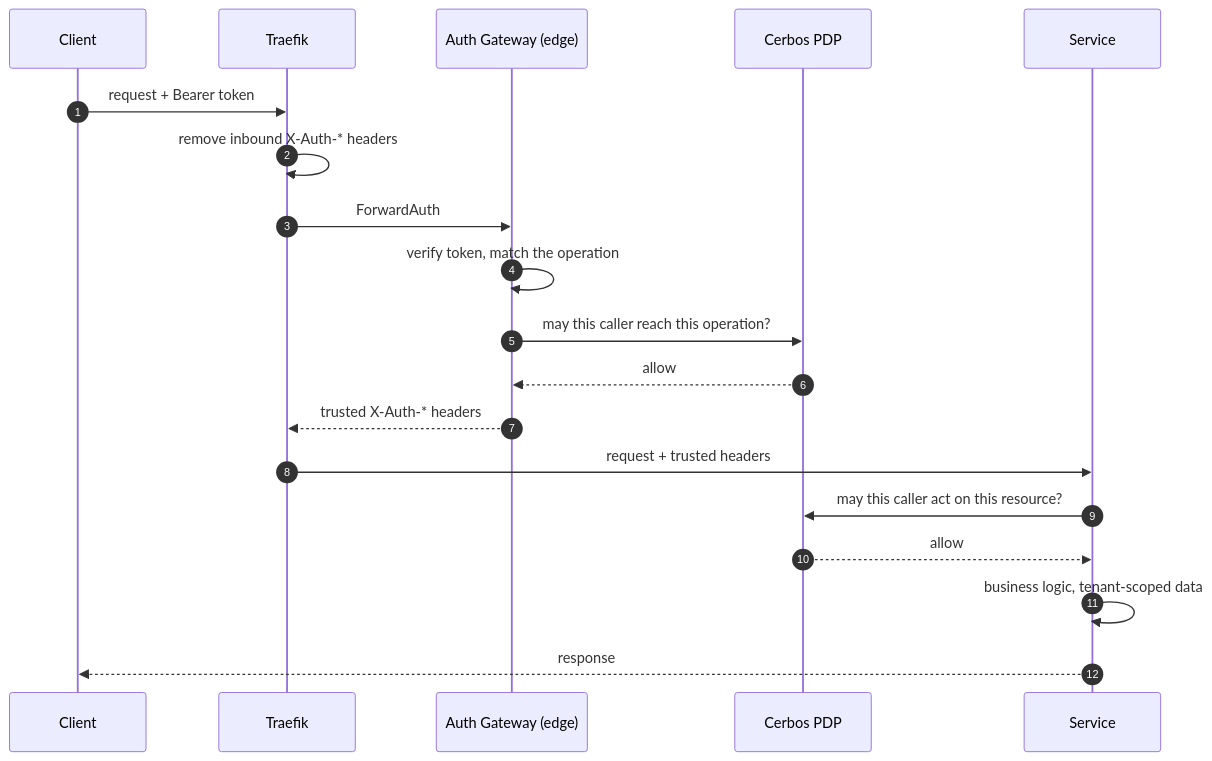
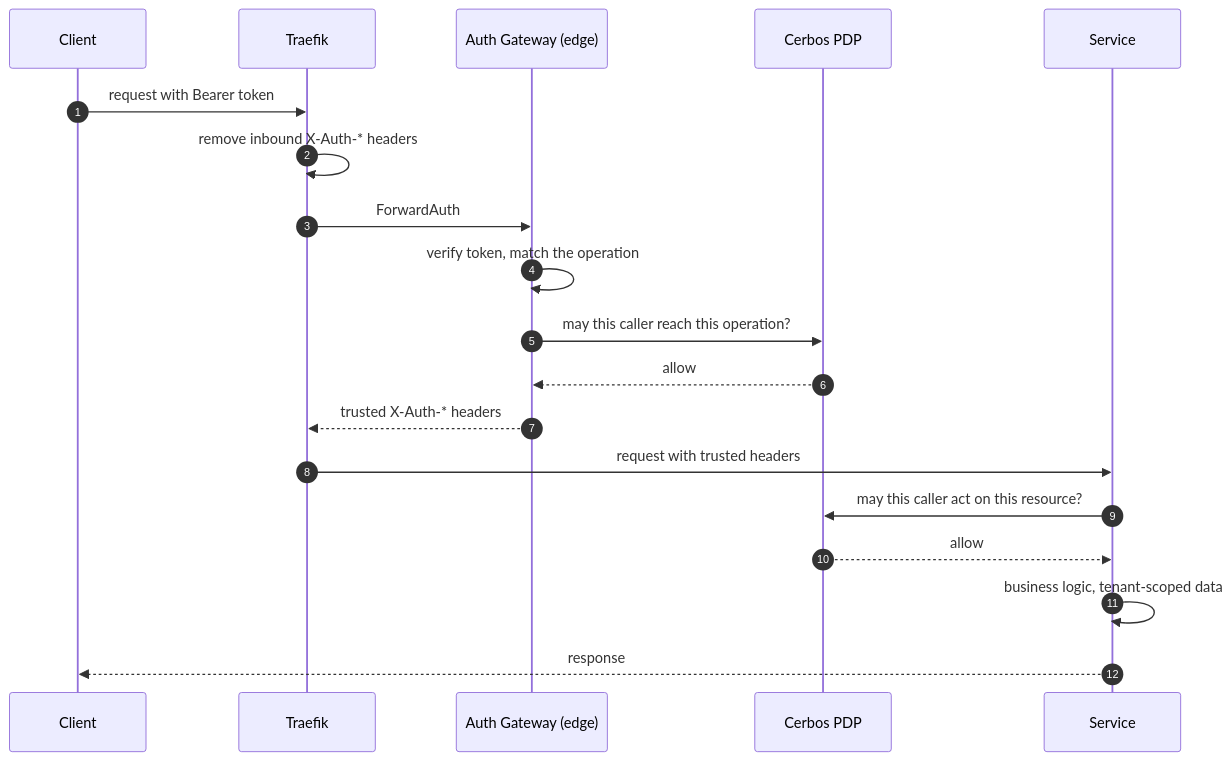
One commit to Labs64/labs64.io-docs changed the first of 5 diagrams in introduction/architecture.md. Above: the diagram before and after it, drawn with Mermaid. The commit also changed other lines of this file and 26 other files, not shown here.

````diff
--- a/introduction/architecture.md
+++ b/introduction/architecture.md
@@ -27,22 +27,22 @@
 ```mermaid
 sequenceDiagram
     autonumber
     participant C as Client
     participant T as Traefik
     participant AG as Auth Gateway (edge)
     participant PDP as Cerbos PDP
     participant M as Service
 
-    C->>T: request + Bearer token
+    C->>T: request with Bearer token
     T->>T: remove inbound X-Auth-* headers
     T->>AG: ForwardAuth
     AG->>AG: verify token, match the operation
     AG->>PDP: may this caller reach this operation?
     PDP-->>AG: allow
     AG-->>T: trusted X-Auth-* headers
-    T->>M: request + trusted headers
+    T->>M: request with trusted headers
     M->>PDP: may this caller act on this resource?
     PDP-->>M: allow
     M->>M: business logic, tenant-scoped data
     M-->>C: response
 ```
````
